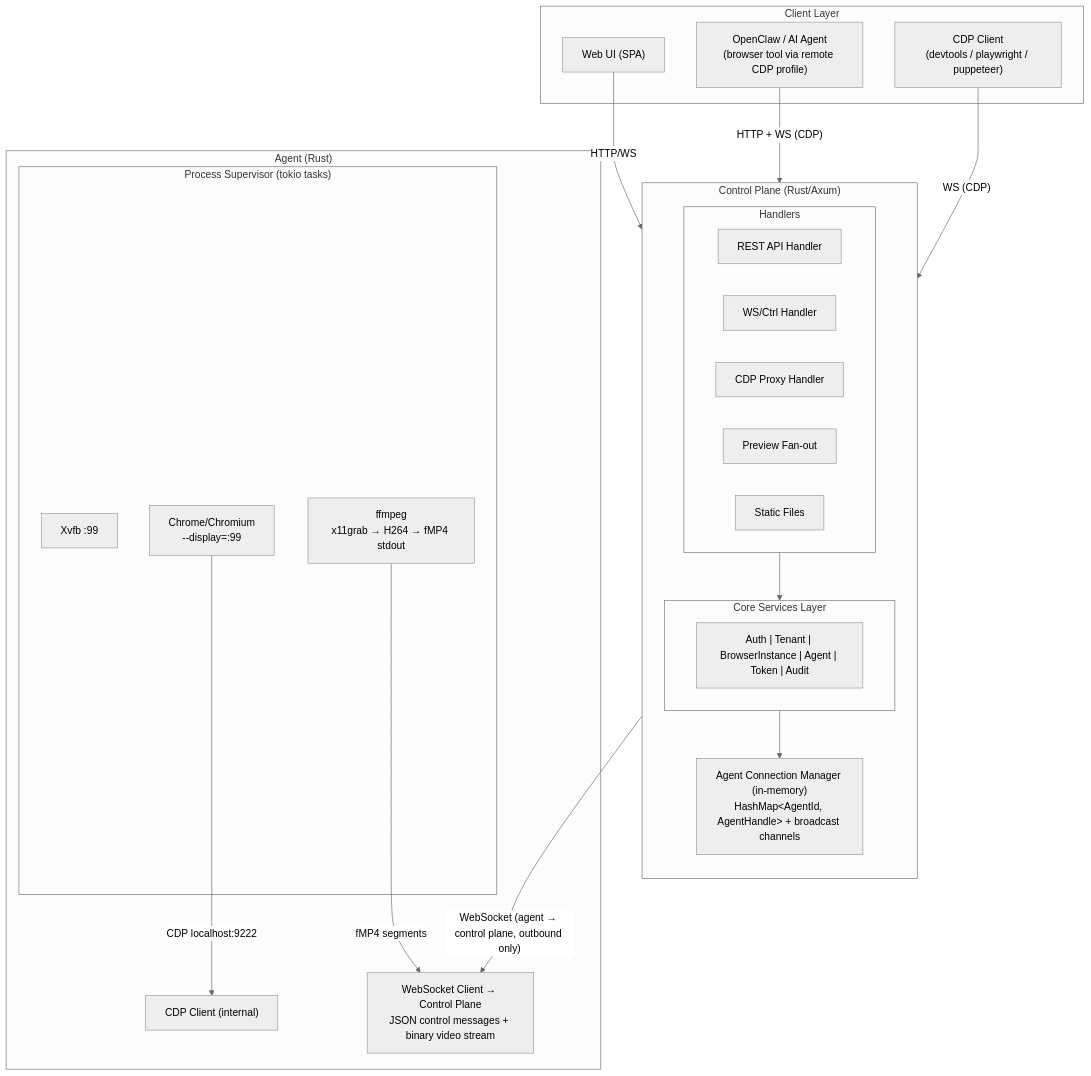
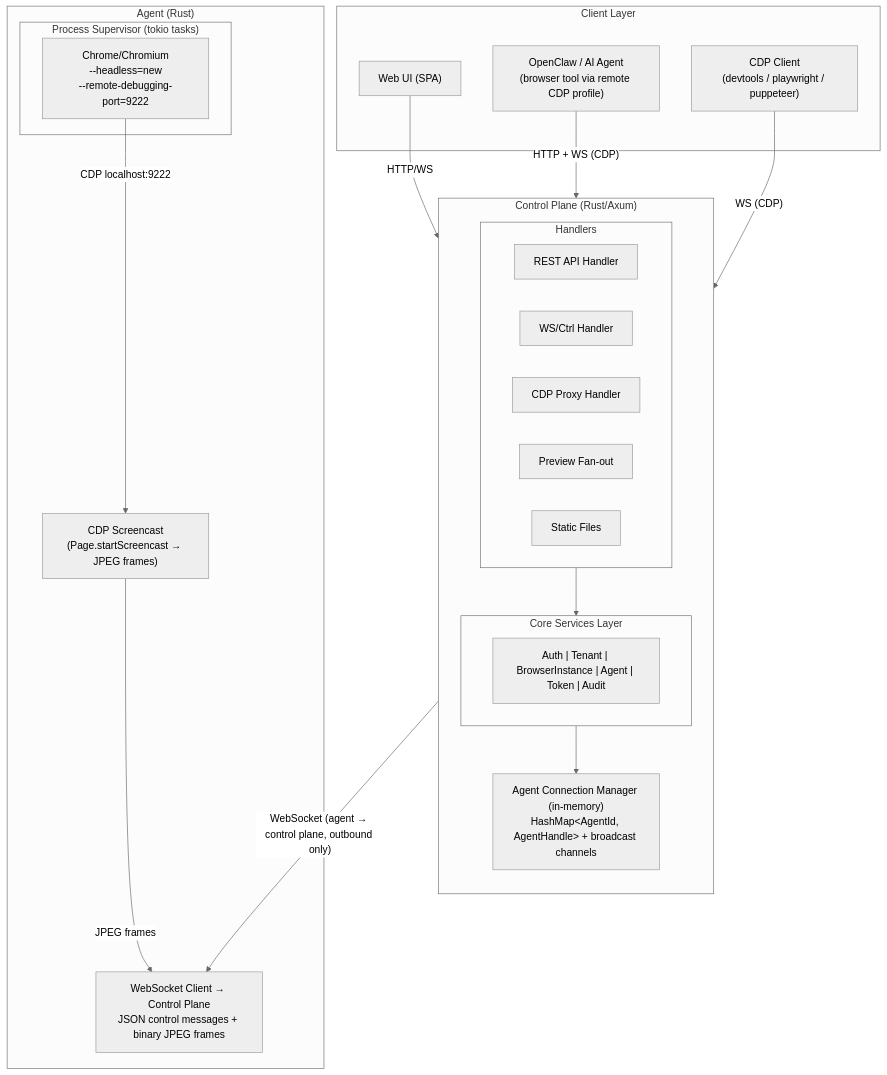
The first of 16 diagrams in internal-docs/02-architecture.md (cnjack/jbrowser), drawn with Mermaid (neutral theme) before and after one commit. The commit also changed other lines of this file and 11 other files, not shown here.

````diff
--- a/internal-docs/02-architecture.md
+++ b/internal-docs/02-architecture.md
@@ -5,41 +5,39 @@
 ```mermaid
 graph TB
     subgraph Client["Client Layer"]
         WebUI["Web UI (SPA)"]
         OpenClaw["OpenClaw / AI Agent\n(browser tool via remote CDP profile)"]
         CDPClient["CDP Client\n(devtools / playwright / puppeteer)"]
     end
 
     subgraph ControlPlane["Control Plane (Rust/Axum)"]
         direction TB
         subgraph Handlers["Handlers"]
             REST["REST API Handler"]
             WSCtrl["WS/Ctrl Handler"]
             CDPProxy["CDP Proxy Handler"]
             PreviewFO["Preview Fan-out"]
             StaticF["Static Files"]
         end
         subgraph CoreSvc["Core Services Layer"]
             SvcList["Auth | Tenant | BrowserInstance | Agent | Token | Audit"]
         end
         AgentMgr["Agent Connection Manager (in-memory)\nHashMap&lt;AgentId, AgentHandle&gt; + broadcast channels"]
         Handlers --> CoreSvc --> AgentMgr
     end
 
     subgraph AgentBox["Agent (Rust)"]
         subgraph ProcSup["Process Supervisor (tokio tasks)"]
-            Xvfb["Xvfb :99"]
-            Chrome["Chrome/Chromium\n--display=:99"]
-            FFmpegProc["ffmpeg\nx11grab → H264 → fMP4 stdout"]
+            Chrome["Chrome/Chromium\n--headless=new\n--remote-debugging-port=9222"]
         end
-        CDPInt["CDP Client (internal)"]
-        WSCli["WebSocket Client → Control Plane\nJSON control messages + binary video stream"]
+        CDPInt["CDP Screencast\n(Page.startScreencast → JPEG frames)"]
+        WSCli["WebSocket Client → Control Plane\nJSON control messages + binary JPEG frames"]
         Chrome -->|"CDP localhost:9222"| CDPInt
-        FFmpegProc -->|"fMP4 segments"| WSCli
+        CDPInt -->|"JPEG frames"| WSCli
     end
 
     WebUI -->|"HTTP/WS"| ControlPlane
     OpenClaw -->|"HTTP + WS (CDP)"| ControlPlane
     CDPClient -->|"WS (CDP)"| ControlPlane
     AgentMgr -->|"WebSocket (agent → control plane, outbound only)"| WSCli
 ```
````
